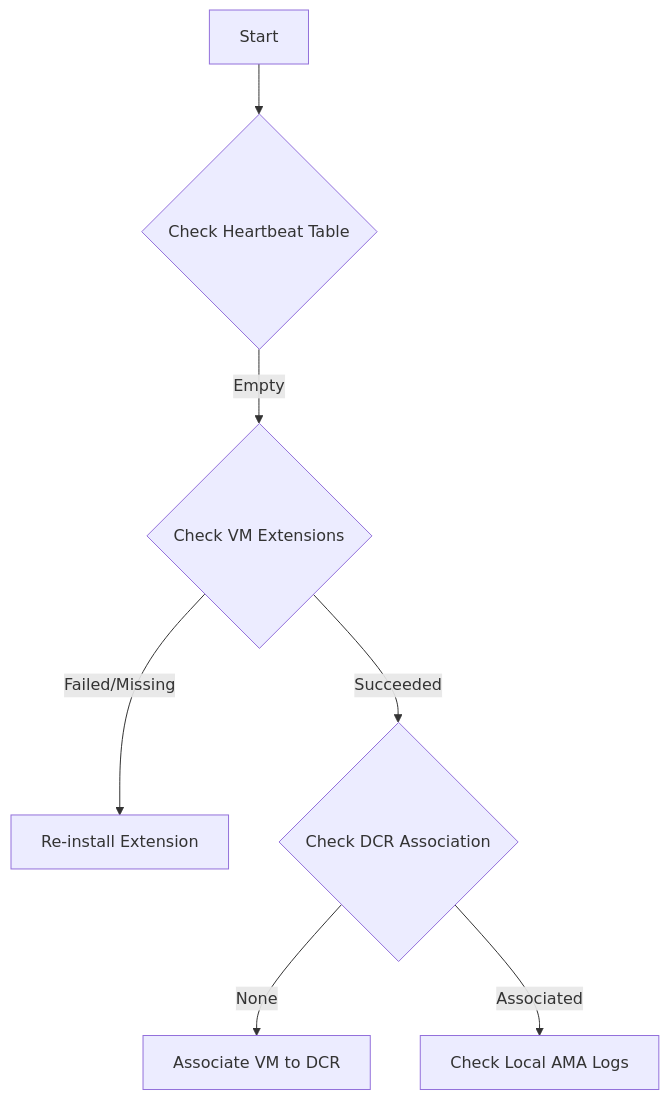
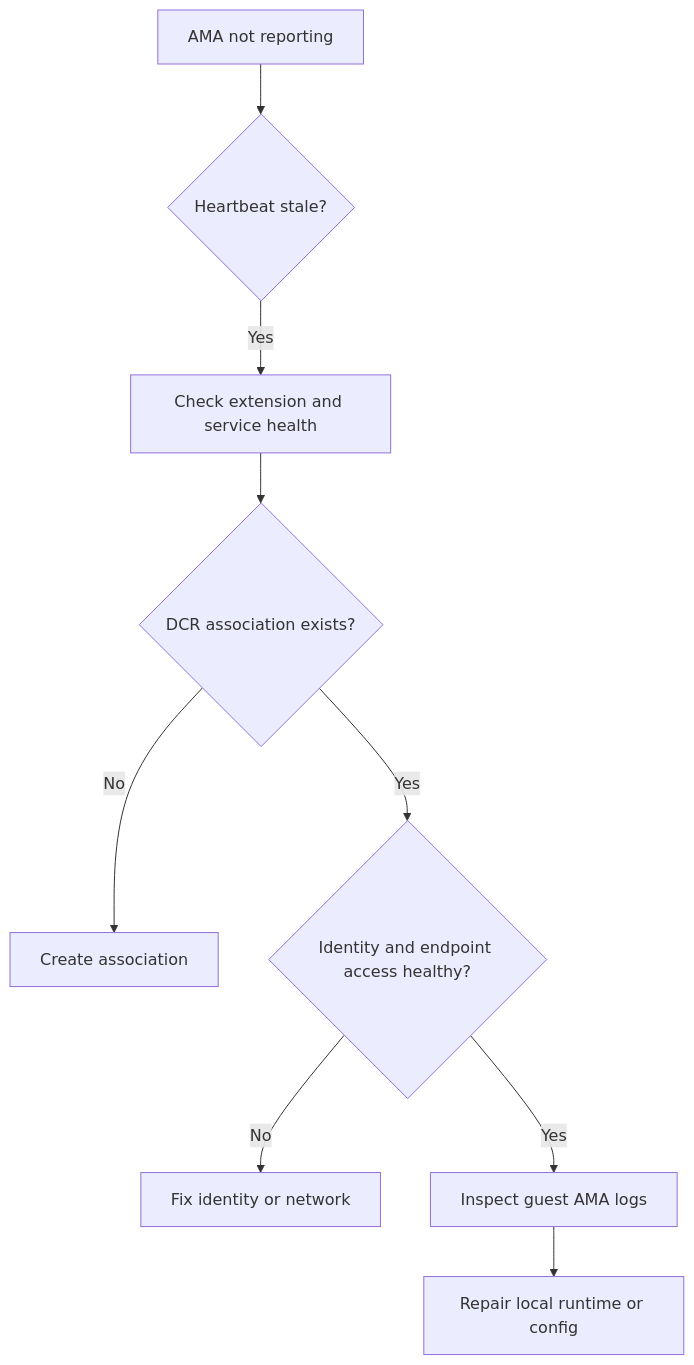
Before and after one commit to yeongseon/azure-monitoring-practical-guide: the diagram in docs/troubleshooting/playbooks/agent-not-reporting.md, drawn with Mermaid. The commit also changed other lines of this file and 50 other files, not shown here.

````diff
--- a/docs/troubleshooting/playbooks/agent-not-reporting.md
+++ b/docs/troubleshooting/playbooks/agent-not-reporting.md
@@ -17,9 +18,11 @@
 ```mermaid
 flowchart TD
-    A[Start] --> B{Check Heartbeat Table}
-    B -->|Empty| C{Check VM Extensions}
-    C -->|Failed/Missing| D[Re-install Extension]
-    C -->|Succeeded| E{Check DCR Association}
-    E -->|None| F[Associate VM to DCR]
-    E -->|Associated| G[Check Local AMA Logs]
+    A[AMA not reporting] --> B{Heartbeat stale?}
+    B -->|Yes| C[Check extension and service health]
+    C --> D{DCR association exists?}
+    D -->|No| E[Create association]
+    D -->|Yes| F{Identity and endpoint access healthy?}
+    F -->|No| G[Fix identity or network]
+    F -->|Yes| H[Inspect guest AMA logs]
+    H --> I[Repair local runtime or config]
 ```
````
